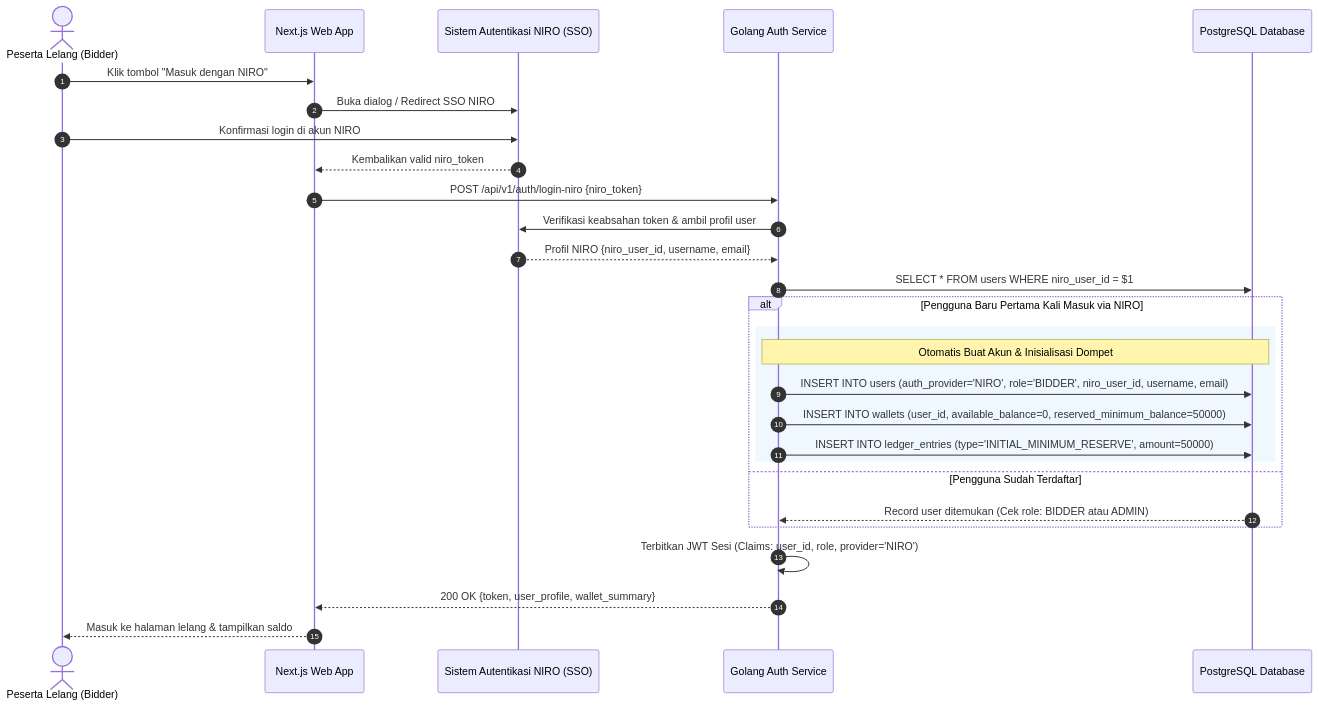
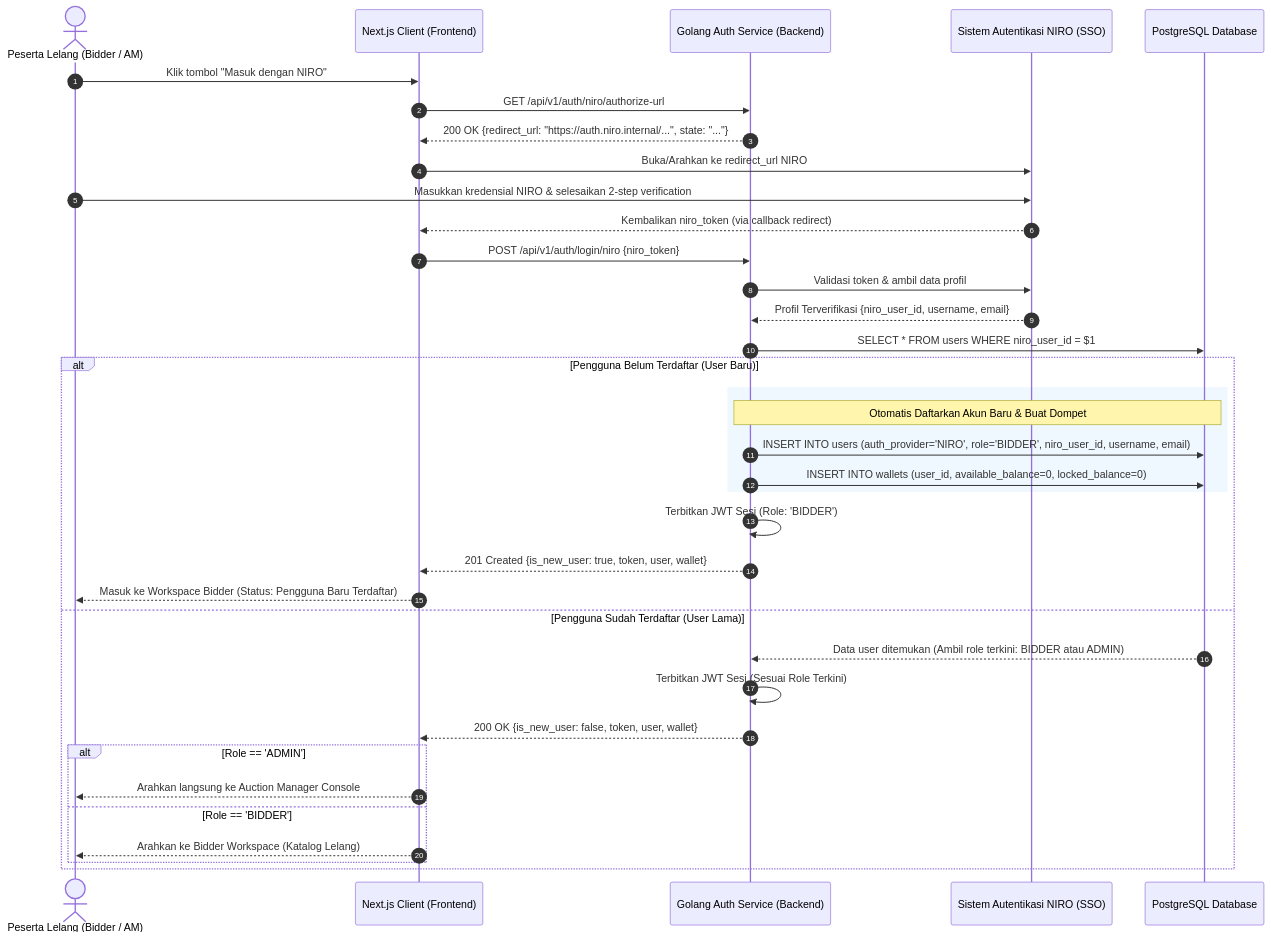
One commit to daniesalim304/SALT-HACKATON-2026 changed the first of 5 diagrams in 02_Projects/real-time-auction-engine/04_Design/sequence-diagrams-mvp1.md. Above: the diagram before and after it, drawn with Mermaid. The commit also changed other lines of this file and 3 other files, not shown here.

````diff
--- a/02_Projects/real-time-auction-engine/04_Design/sequence-diagrams-mvp1.md
+++ b/02_Projects/real-time-auction-engine/04_Design/sequence-diagrams-mvp1.md
@@ -20,34 +20,42 @@
 ```mermaid
 sequenceDiagram
     autonumber
-    actor Bidder as Peserta Lelang (Bidder)
-    participant UI as Next.js Web App
+    actor User as Peserta Lelang (Bidder / AM)
+    participant FE as Next.js Client (Frontend)
+    participant BE as Golang Auth Service (Backend)
     participant NiroAuth as Sistem Autentikasi NIRO (SSO)
-    participant API as Golang Auth Service
     participant DB as PostgreSQL Database
 
-    Bidder->>UI: Klik tombol "Masuk dengan NIRO"
-    UI->>NiroAuth: Buka dialog / Redirect SSO NIRO
-    Bidder->>NiroAuth: Konfirmasi login di akun NIRO
-    NiroAuth-->>UI: Kembalikan valid niro_token
+    User->>FE: Klik tombol "Masuk dengan NIRO"
+    FE->>BE: GET /api/v1/auth/niro/authorize-url
+    BE-->>FE: 200 OK {redirect_url: "https://auth.niro.internal/...", state: "..."}
     
-    UI->>API: POST /api/v1/auth/login-niro {niro_token}
-    API->>NiroAuth: Verifikasi keabsahan token & ambil profil user
-    NiroAuth-->>API: Profil NIRO {niro_user_id, username, email}
-    
-    API->>DB: SELECT * FROM users WHERE niro_user_id = $1
-    alt Pengguna Baru Pertama Kali Masuk via NIRO
+    FE->>NiroAuth: Buka/Arahkan ke redirect_url NIRO
+    User->>NiroAuth: Masukkan kredensial NIRO & selesaikan 2-step verification
+    NiroAuth-->>FE: Kembalikan niro_token (via callback redirect)
+
+    FE->>BE: POST /api/v1/auth/login/niro {niro_token}
+    BE->>NiroAuth: Validasi token & ambil data profil
+    NiroAuth-->>BE: Profil Terverifikasi {niro_user_id, username, email}
+
+    BE->>DB: SELECT * FROM users WHERE niro_user_id = $1
+    alt Pengguna Belum Terdaftar (User Baru)
         rect rgb(240, 248, 255)
-            Note over API,DB: Otomatis Buat Akun & Inisialisasi Dompet
-            API->>DB: INSERT INTO users (auth_provider='NIRO', role='BIDDER', niro_user_id, username, email)
-            API->>DB: INSERT INTO wallets (user_id, available_balance=0, reserved_minimum_balance=50000)
-            API->>DB: INSERT INTO ledger_entries (type='INITIAL_MINIMUM_RESERVE', amount=50000)
+            Note over BE,DB: Otomatis Daftarkan Akun Baru & Buat Dompet
+            BE->>DB: INSERT INTO users (auth_provider='NIRO', role='BIDDER', niro_user_id, username, email)
+            BE->>DB: INSERT INTO wallets (user_id, available_balance=0, locked_balance=0)
         end
-    else Pengguna Sudah Terdaftar
-        DB-->>API: Record user ditemukan (Cek role: BIDDER atau ADMIN)
+        BE->>BE: Terbitkan JWT Sesi (Role: 'BIDDER')
+        BE-->>FE: 201 Created {is_new_user: true, token, user, wallet}
+        FE-->>User: Masuk ke Workspace Bidder (Status: Pengguna Baru Terdaftar)
+    else Pengguna Sudah Terdaftar (User Lama)
+        DB-->>BE: Data user ditemukan (Ambil role terkini: BIDDER atau ADMIN)
+        BE->>BE: Terbitkan JWT Sesi (Sesuai Role Terkini)
+        BE-->>FE: 200 OK {is_new_user: false, token, user, wallet}
+        alt Role == 'ADMIN'
+            FE-->>User: Arahkan langsung ke Auction Manager Console
+        else Role == 'BIDDER'
+            FE-->>User: Arahkan ke Bidder Workspace (Katalog Lelang)
+        end
     end
-
-    API->>API: Terbitkan JWT Sesi (Claims: user_id, role, provider='NIRO')
-    API-->>UI: 200 OK {token, user_profile, wallet_summary}
-    UI-->>Bidder: Masuk ke halaman lelang & tampilkan saldo
 ```
````
